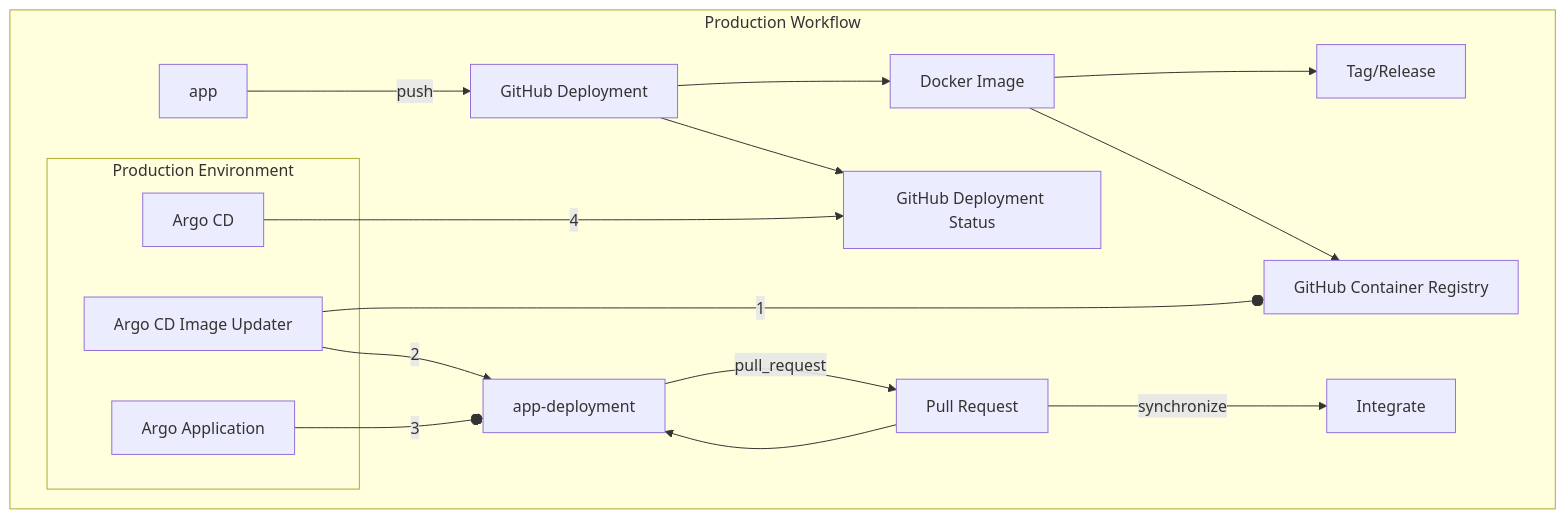
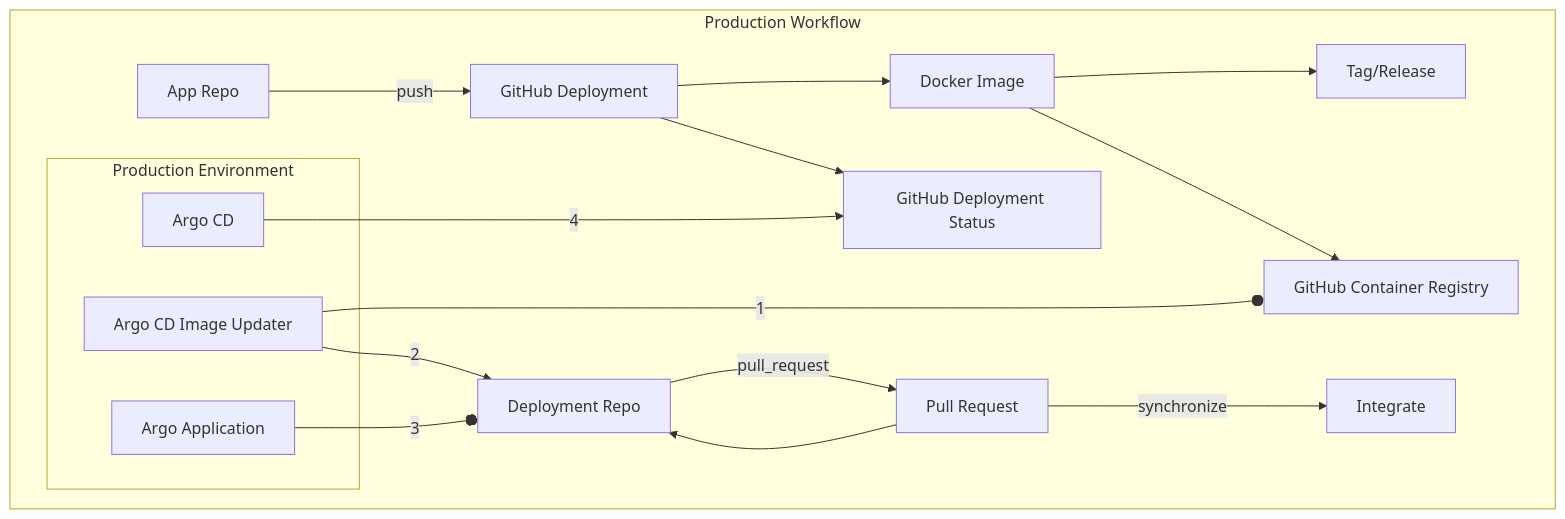
Before and after one commit to gitops-ci-cd/.github: the fourth of 5 diagrams in profile/README.md, drawn with Mermaid.

````diff
--- a/profile/README.md
+++ b/profile/README.md
@@ -169,34 +169,36 @@
 ```mermaid
 flowchart TD
     registry[GitHub Container Registry]
 
     subgraph production[Production Environment]
         argo[Argo CD]
         argo-image-updater[Argo CD Image Updater]
         argo-app[Argo Application]
     end
 
     subgraph prod[Production Workflow]
+        app[App Repo]
+        app-deployment[Deployment Repo]
         deployment[GitHub Deployment]
         deployment-status[GitHub Deployment Status]
         build[Docker Image]
         tag[Tag/Release]
         pr[Pull Request]
         integrate[Integrate]
 
         app -- push --> deployment
         deployment --> build
         deployment --> deployment-status
         build --> tag
         build --> registry
         
         production
         argo-image-updater -- 1 --o registry
         argo-image-updater -- 2 --> app-deployment
         app-deployment -- pull_request --> pr
         pr -- synchronize --> integrate
         pr --> app-deployment
         argo-app -- 3 --o app-deployment
         argo -- 4 --> deployment-status
     end
 ```
````
